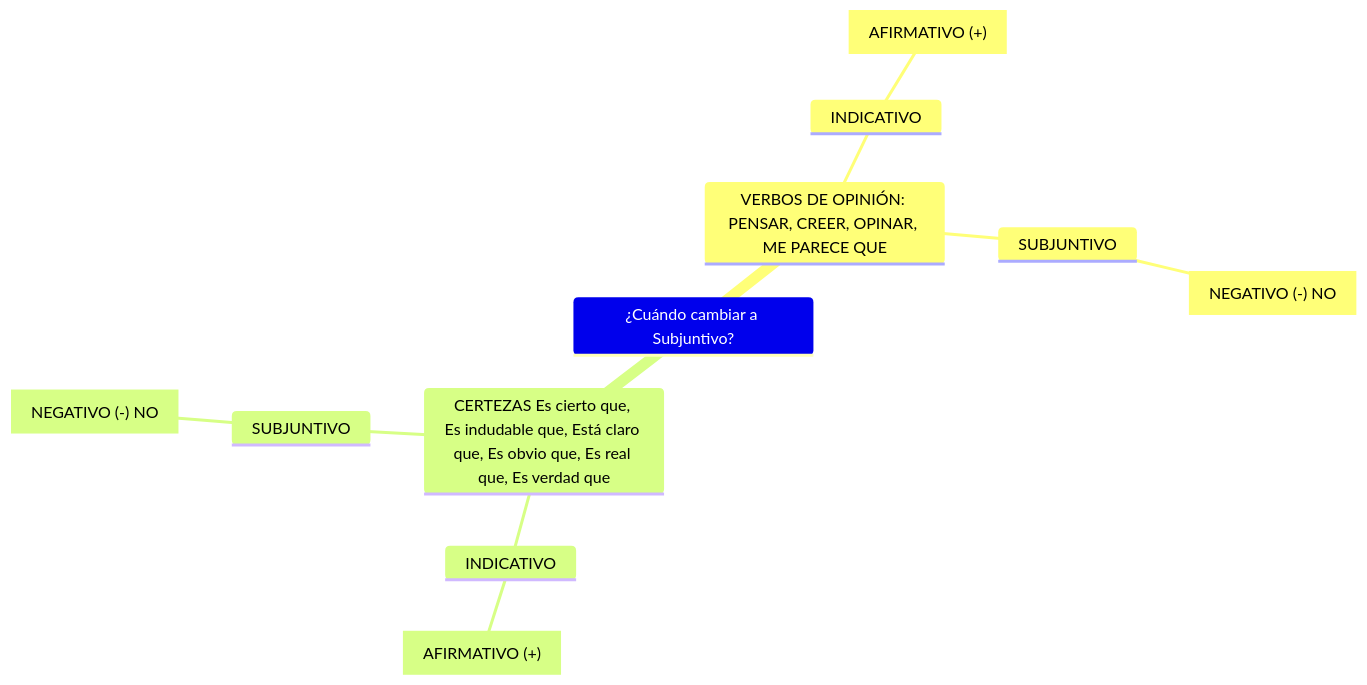
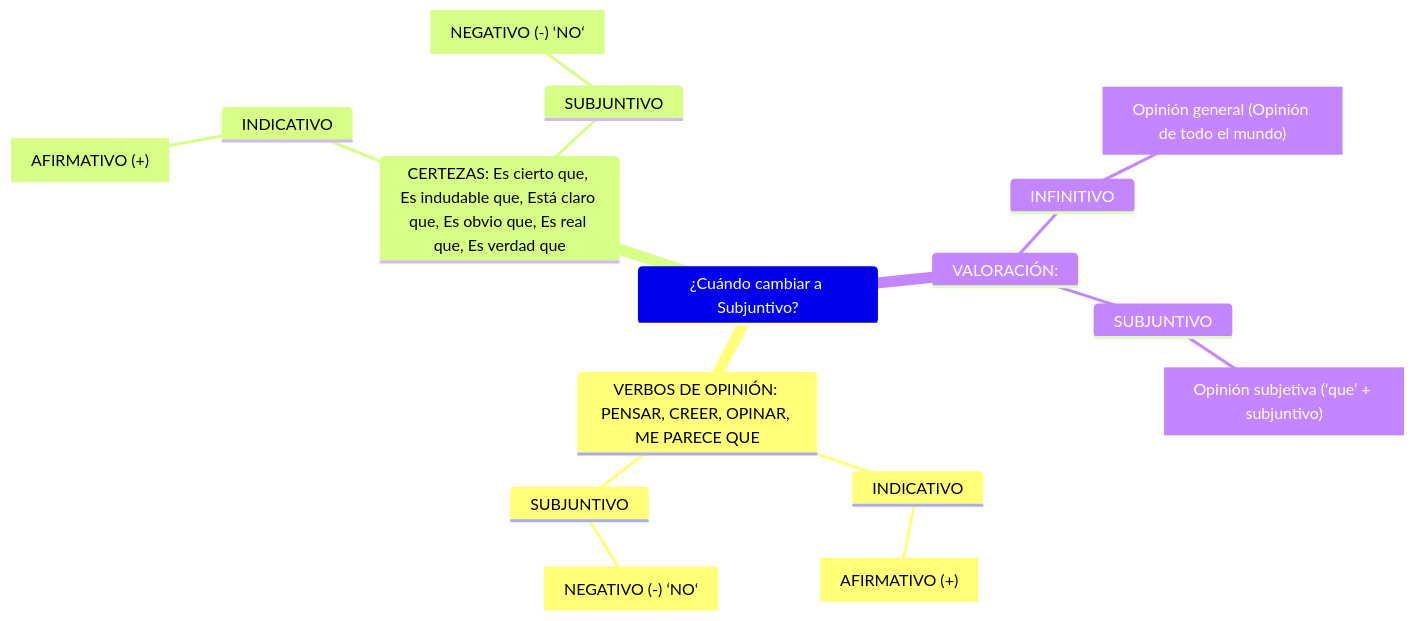
The second of 2 diagrams in test.md (bibenga/docker-django-play), drawn with Mermaid before and after one commit.

````diff
--- a/test.md
+++ b/test.md
@@ -16,14 +16,20 @@
 ```mermaid
 mindmap
 ¿Cuándo cambiar a Subjuntivo?
     VERBOS DE OPINIÓN: PENSAR, CREER, OPINAR, ME PARECE QUE
         INDICATIVO
             ["AFIRMATIVO (+)"]
         SUBJUNTIVO
-            ["NEGATIVO (-) NO"]
-    CERTEZAS Es cierto que, Es indudable que, Está claro que, Es obvio que, Es real que, Es verdad que
+            ["NEGATIVO (-) ‘NO‘"]
+    CERTEZAS: Es cierto que, Es indudable que, Está claro que, Es obvio que, Es real que, Es verdad que
         INDICATIVO
             ["AFIRMATIVO (+)"]
         SUBJUNTIVO
-            ["NEGATIVO (-) NO"]
+            ["NEGATIVO (-) ‘NO‘"]
+    VALORACIÓN:
+        INFINITIVO
+            ["Opinión general (Opinión de todo el mundo)"]
+        SUBJUNTIVO
+            ["Opinión subjetiva (‘que’ + subjuntivo)"]
+        
 ```
````
